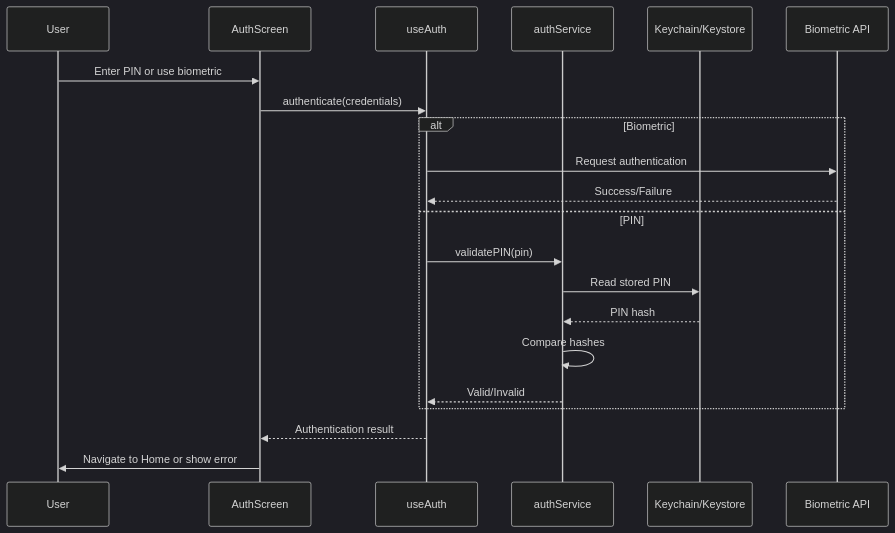
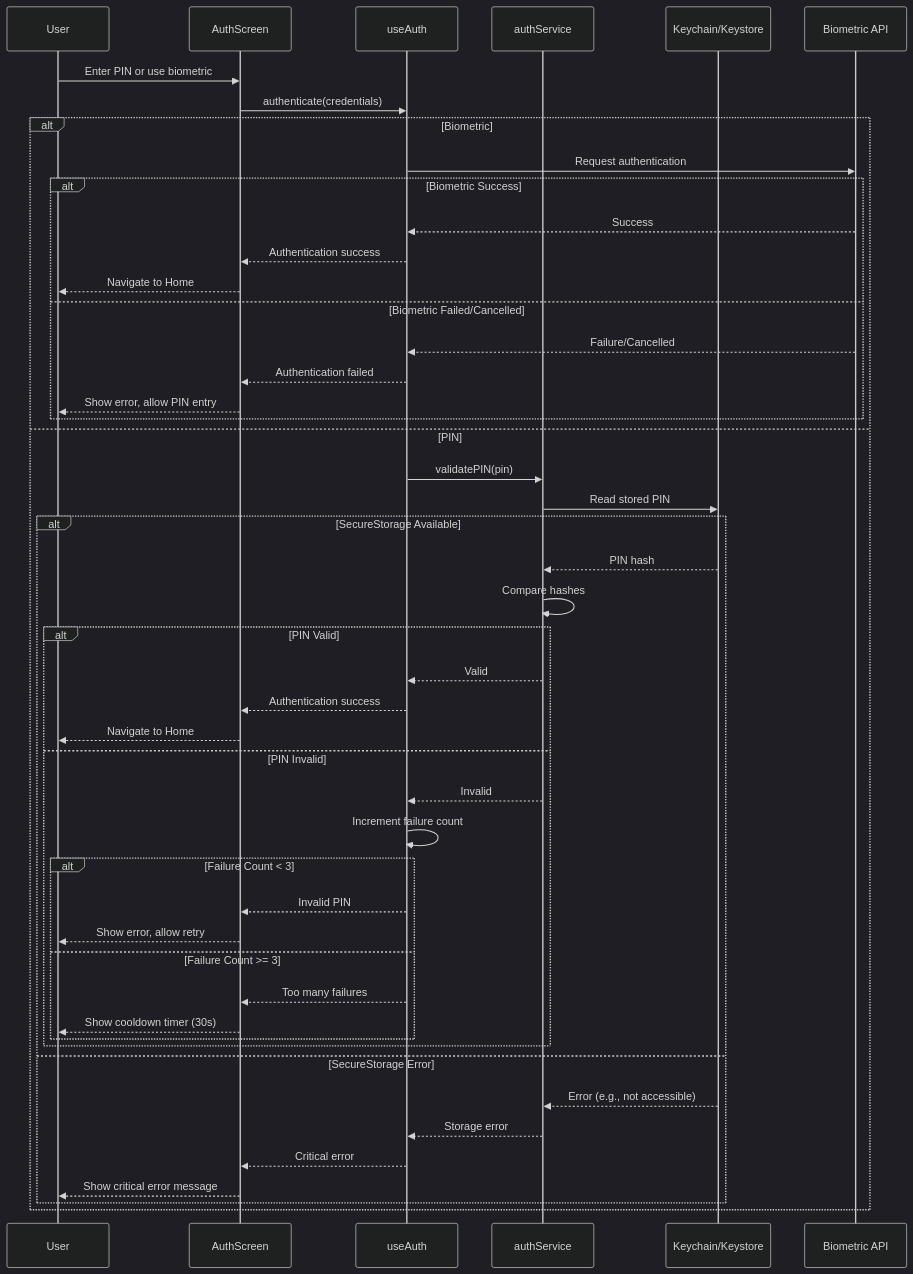
One commit to v13dim/fintrack changed the second of 12 diagrams in docs/c4-diagrams/data-flow.md. Above: the diagram before and after it, drawn with Mermaid (dark theme). The commit also changed other lines of this file and 22 other files, not shown here.

````diff
--- a/docs/c4-diagrams/data-flow.md
+++ b/docs/c4-diagrams/data-flow.md
@@ -53,24 +61,51 @@
 ```mermaid
 sequenceDiagram
     participant User
     participant Screen as AuthScreen
     participant Hook as useAuth
     participant Service as authService
     participant SecureStorage as Keychain/Keystore
     participant Biometric as Biometric API
 
     User->>Screen: Enter PIN or use biometric
     Screen->>Hook: authenticate(credentials)
     alt Biometric
         Hook->>Biometric: Request authentication
-        Biometric-->>Hook: Success/Failure
+        alt Biometric Success
+            Biometric-->>Hook: Success
+            Hook-->>Screen: Authentication success
+            Screen-->>User: Navigate to Home
+        else Biometric Failed/Cancelled
+            Biometric-->>Hook: Failure/Cancelled
+            Hook-->>Screen: Authentication failed
+            Screen-->>User: Show error, allow PIN entry
+        end
     else PIN
         Hook->>Service: validatePIN(pin)
         Service->>SecureStorage: Read stored PIN
-        SecureStorage-->>Service: PIN hash
-        Service->>Service: Compare hashes
-        Service-->>Hook: Valid/Invalid
+        alt SecureStorage Available
+            SecureStorage-->>Service: PIN hash
+            Service->>Service: Compare hashes
+            alt PIN Valid
+                Service-->>Hook: Valid
+                Hook-->>Screen: Authentication success
+                Screen-->>User: Navigate to Home
+            else PIN Invalid
+                Service-->>Hook: Invalid
+                Hook->>Hook: Increment failure count
+                alt Failure Count < 3
+                    Hook-->>Screen: Invalid PIN
+                    Screen-->>User: Show error, allow retry
+                else Failure Count >= 3
+                    Hook-->>Screen: Too many failures
+                    Screen-->>User: Show cooldown timer (30s)
+                end
+            end
+        else SecureStorage Error
+            SecureStorage-->>Service: Error (e.g., not accessible)
+            Service-->>Hook: Storage error
+            Hook-->>Screen: Critical error
+            Screen-->>User: Show critical error message
+        end
     end
-    Hook-->>Screen: Authentication result
-    Screen->>User: Navigate to Home or show error
 ```
````
